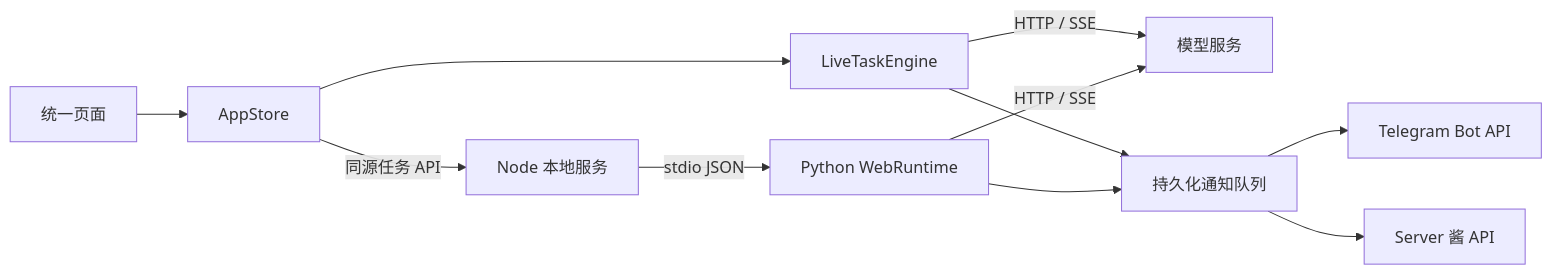
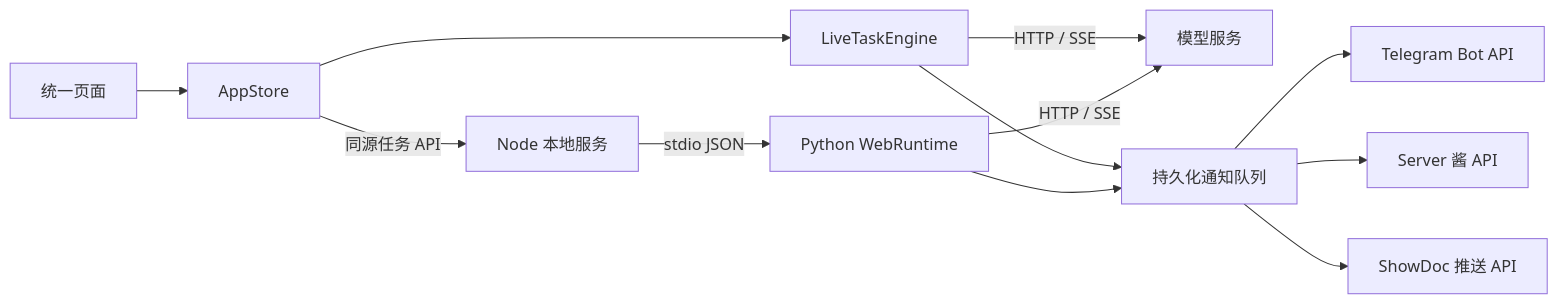
Before and after one commit to CutelyRose/codex_keepalive_v20: the diagram in any/TECHNICAL.md, drawn with Mermaid. The commit also changed other lines of this file and 14 other files, not shown here.

````diff
--- a/any/TECHNICAL.md
+++ b/any/TECHNICAL.md
@@ -7,13 +7,14 @@
 ```mermaid
 flowchart LR
   UI[统一页面] --> Store[AppStore]
   Store --> Browser[LiveTaskEngine]
   Browser -->|HTTP / SSE| API[模型服务]
   Store -->|同源任务 API| Node[Node 本地服务]
   Node -->|stdio JSON| Python[Python WebRuntime]
   Python -->|HTTP / SSE| API
   Browser --> Notice[持久化通知队列]
   Python --> Notice
   Notice --> Telegram[Telegram Bot API]
   Notice --> ServerChan[Server 酱 API]
+  Notice --> ShowDoc[ShowDoc 推送 API]
 ```
````
